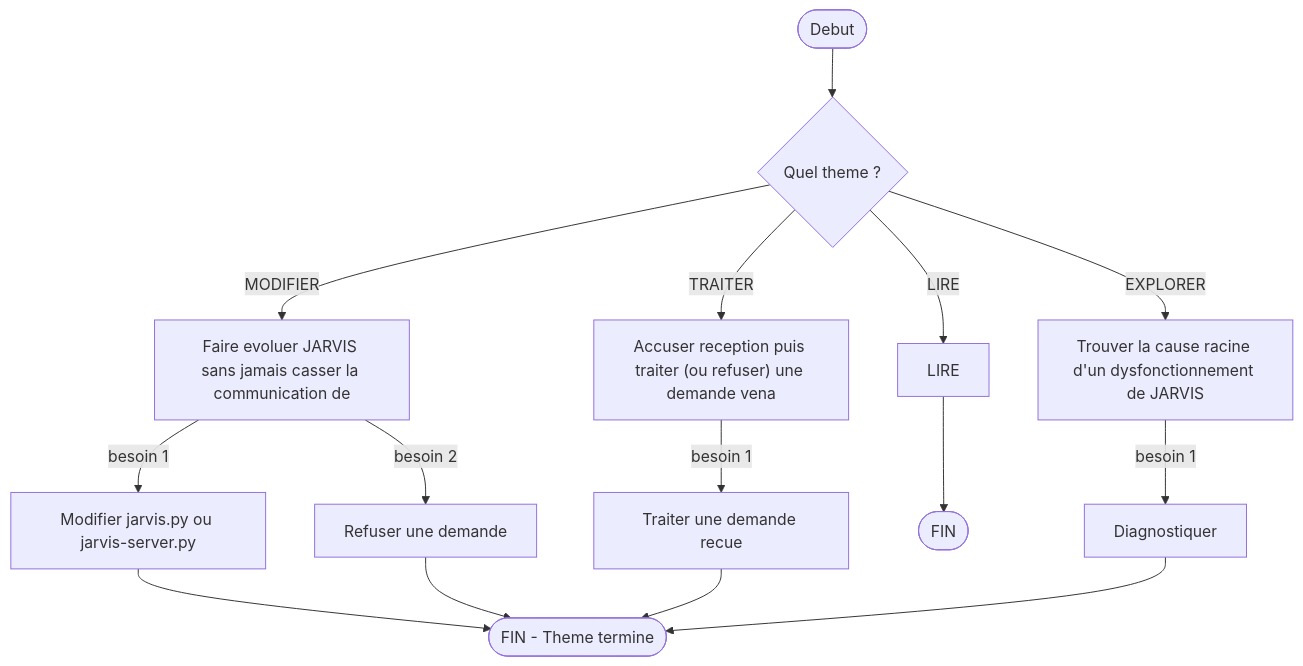
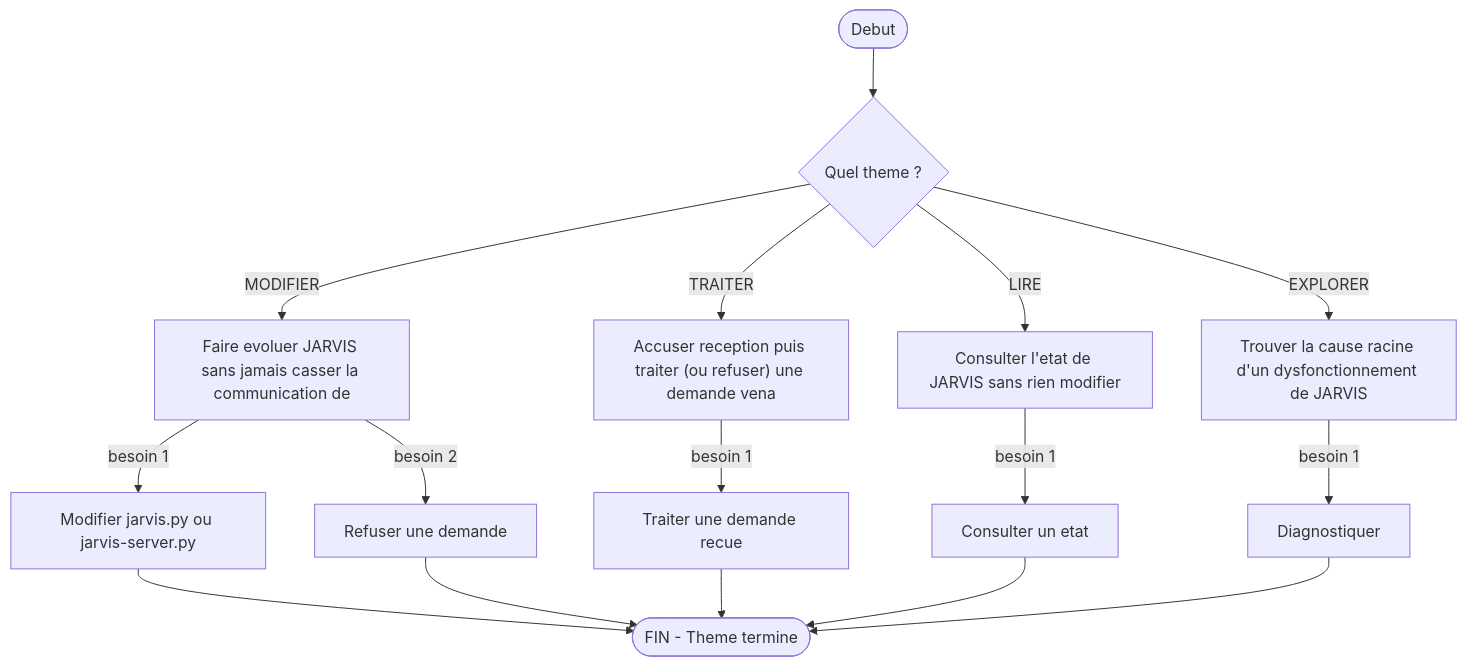
The diagram in cerveau-projet/cartes-vues/arbres/vision.mmd (French-Team/minautor-agents-service-v2), drawn with Mermaid before and after one commit. The commit also changed 906 other files, not shown here.

```diff
--- a/cerveau-projet/cartes-vues/arbres/vision.mmd
+++ b/cerveau-projet/cartes-vues/arbres/vision.mmd
@@ -1,27 +1,28 @@
 %% Arbre de decision de vision (arbre v0.1.0)
 flowchart TD
     START(["Debut"]) --> RACINE
     RACINE{"Quel theme ?"}
     RACINE -- "MODIFIER" --> THEME-MODIFIER
     THEME-MODIFIER["Faire evoluer JARVIS sans jamais casser la communication de "]
     THEME-MODIFIER -- "besoin 1" --> THEME-MODIFIER-B0
     THEME-MODIFIER-B0["Modifier jarvis.py ou jarvis-server.py"]
     THEME-MODIFIER -- "besoin 2" --> THEME-MODIFIER-B1
     THEME-MODIFIER-B1["Refuser une demande"]
     FIN-fin-theme(["FIN - Theme termine"])
     THEME-MODIFIER-B0 --> FIN-fin-theme
     THEME-MODIFIER-B1 --> FIN-fin-theme
     RACINE -- "TRAITER" --> THEME-TRAITER
     THEME-TRAITER["Accuser reception puis traiter (ou refuser) une demande vena"]
     THEME-TRAITER -- "besoin 1" --> THEME-TRAITER-B0
     THEME-TRAITER-B0["Traiter une demande recue"]
     THEME-TRAITER-B0 --> FIN-fin-theme
     RACINE -- "LIRE" --> THEME-LIRE
-    THEME-LIRE["LIRE"]
-    FIN-theme(["FIN"])
-    THEME-LIRE --> FIN-theme
+    THEME-LIRE["Consulter l'etat de JARVIS sans rien modifier"]
+    THEME-LIRE -- "besoin 1" --> THEME-LIRE-B0
+    THEME-LIRE-B0["Consulter un etat"]
+    THEME-LIRE-B0 --> FIN-fin-theme
     RACINE -- "EXPLORER" --> THEME-EXPLORER
     THEME-EXPLORER["Trouver la cause racine d'un dysfonctionnement de JARVIS"]
     THEME-EXPLORER -- "besoin 1" --> THEME-EXPLORER-B0
     THEME-EXPLORER-B0["Diagnostiquer"]
     THEME-EXPLORER-B0 --> FIN-fin-theme
```
